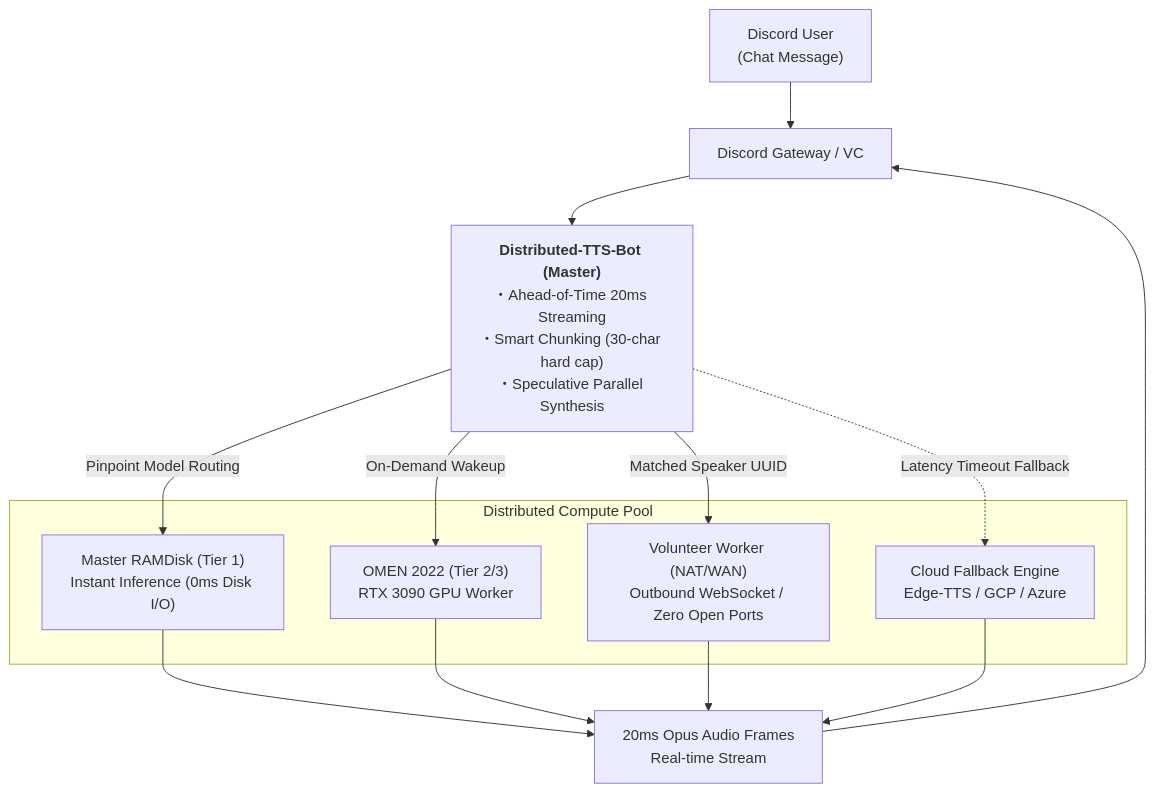
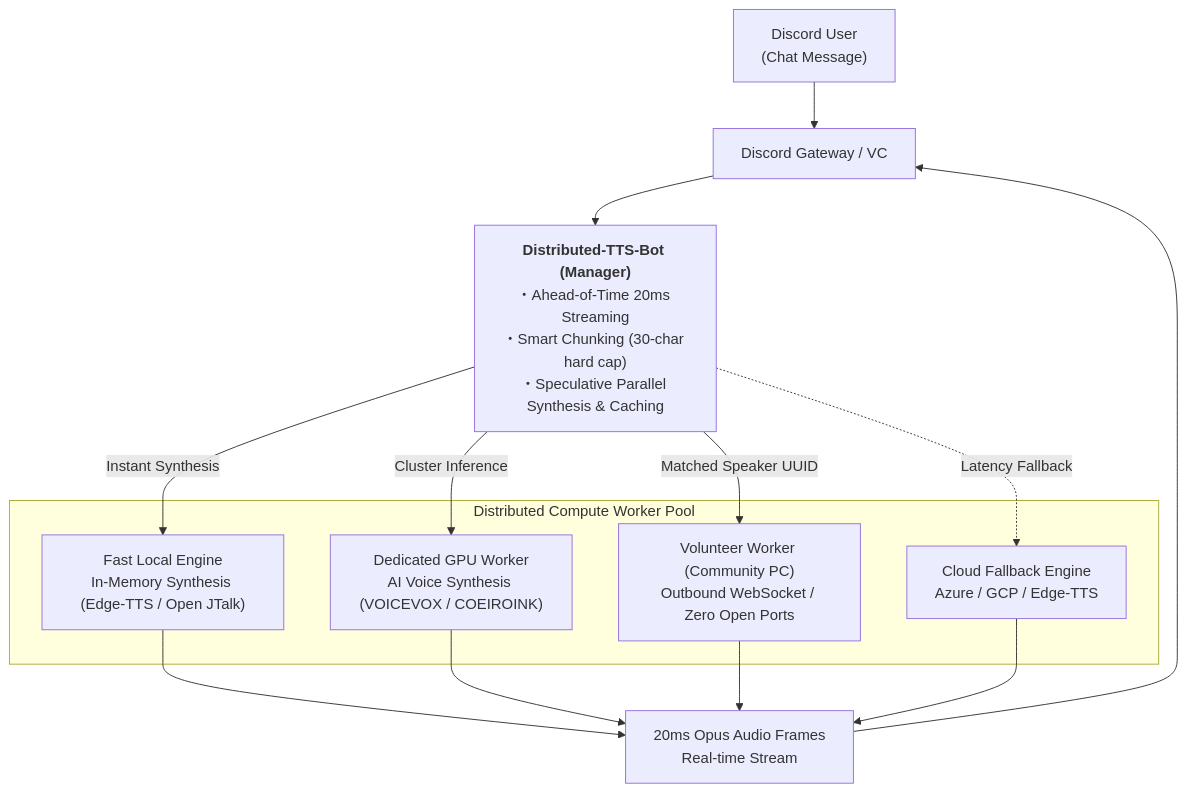
The diagram in README.en.md (Maximilian2022/Distributed-TTS-Bot), drawn with Mermaid before and after one commit. The commit also changed other lines of this file and 7 other files, not shown here.

Commit message:
docs: sanitize architecture diagrams and remove dev environment references; ignore remediation history

````diff
--- a/README.en.md
+++ b/README.en.md
@@ -24,23 +24,23 @@
 ```mermaid
 graph TD
     User["Discord User<br>(Chat Message)"] --> Discord["Discord Gateway / VC"]
-    Discord --> Bot["<b>Distributed-TTS-Bot (Master)</b><br>・Ahead-of-Time 20ms Streaming<br>・Smart Chunking (30-char hard cap)<br>・Speculative Parallel Synthesis"]
+    Discord --> Bot["<b>Distributed-TTS-Bot (Manager)</b><br>・Ahead-of-Time 20ms Streaming<br>・Smart Chunking (30-char hard cap)<br>・Speculative Parallel Synthesis & Caching"]
 
-    subgraph "Distributed Compute Pool"
-        RAM["Master RAMDisk (Tier 1)<br>Instant Inference (0ms Disk I/O)"]
-        GPU1["OMEN 2022 (Tier 2/3)<br>RTX 3090 GPU Worker"]
-        WorkerVol["Volunteer Worker (NAT/WAN)<br>Outbound WebSocket / Zero Open Ports"]
-        Cloud["Cloud Fallback Engine<br>Edge-TTS / GCP / Azure"]
+    subgraph "Distributed Compute Worker Pool"
+        LocalFast["Fast Local Engine<br>In-Memory Synthesis (Edge-TTS / Open JTalk)"]
+        GPUWorker["Dedicated GPU Worker<br>AI Voice Synthesis (VOICEVOX / COEIROINK)"]
+        WorkerVol["Volunteer Worker (Community PC)<br>Outbound WebSocket / Zero Open Ports"]
+        Cloud["Cloud Fallback Engine<br>Azure / GCP / Edge-TTS"]
     end
 
-    Bot -->|Pinpoint Model Routing| RAM
-    Bot -->|On-Demand Wakeup| GPU1
+    Bot -->|Instant Synthesis| LocalFast
+    Bot -->|Cluster Inference| GPUWorker
     Bot -->|Matched Speaker UUID| WorkerVol
-    Bot -.->|Latency Timeout Fallback| Cloud
+    Bot -.->|Latency Fallback| Cloud
 
-    RAM --> Stream["20ms Opus Audio Frames<br>Real-time Stream"]
-    GPU1 --> Stream
+    LocalFast --> Stream["20ms Opus Audio Frames<br>Real-time Stream"]
+    GPUWorker --> Stream
     WorkerVol --> Stream
     Cloud --> Stream
     Stream --> Discord
 ```
````
